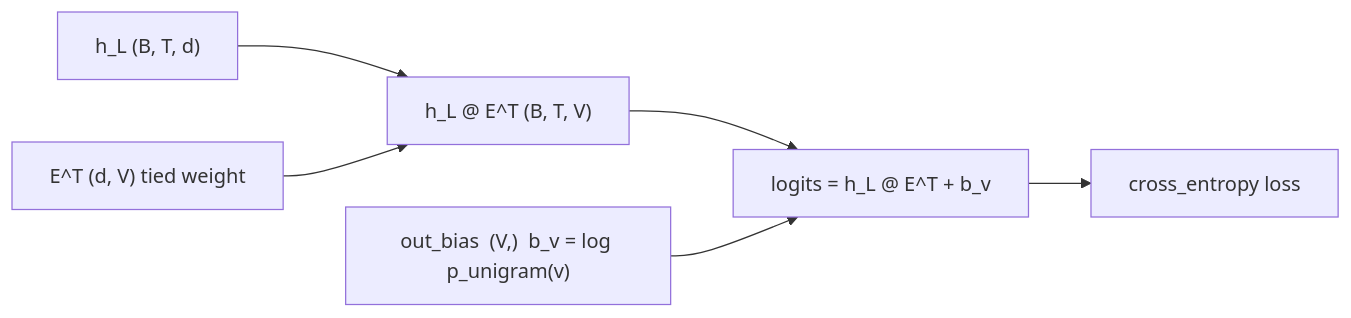
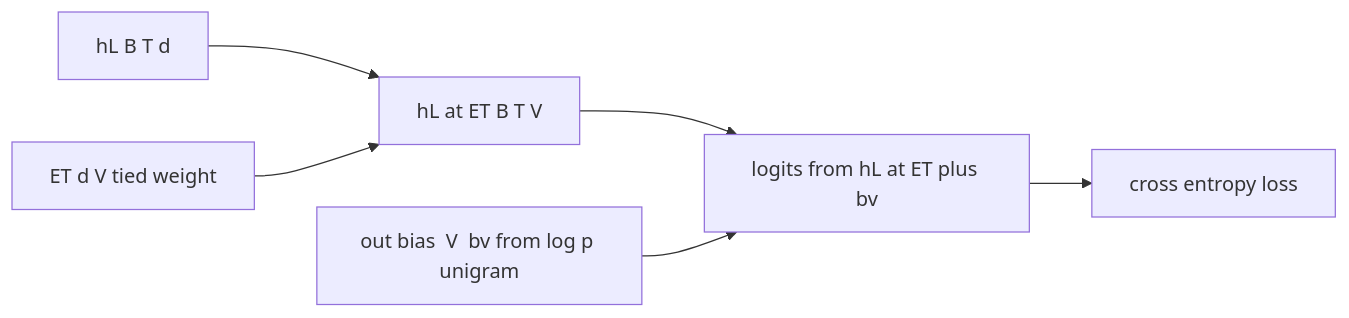
The third of 6 diagrams in companion_notes/Fock-PARFLM_vs_GPT-2_on_OpenWebText_Next_Steps.md (dimitarpg13/semsimula-paper), drawn with Mermaid before and after one commit. The commit also changed other lines of this file and 2 other files, not shown here.

````diff
--- a/companion_notes/Fock-PARFLM_vs_GPT-2_on_OpenWebText_Next_Steps.md
+++ b/companion_notes/Fock-PARFLM_vs_GPT-2_on_OpenWebText_Next_Steps.md
@@ -1029,15 +1032,15 @@
 ```mermaid
 flowchart LR
-    hL["h_L  (B, T, d)"]
-    ET["E^T  (d, V)  tied weight"]
-    raw["h_L @ E^T  (B, T, V)"]
-    bv["out_bias  (V,)  b_v = log p_unigram(v)"]
-    logits["logits = h_L @ E^T + b_v"]
-    loss["cross_entropy loss"]
+    hL["hL  B T d"]
+    ET["ET  d V  tied weight"]
+    raw["hL at ET  B T V"]
+    bv["out bias  V  bv from log p unigram"]
+    logits["logits from hL at ET plus bv"]
+    loss["cross entropy loss"]
 
     hL --> raw
     ET --> raw
     raw --> logits
     bv --> logits
     logits --> loss
 ```
````
